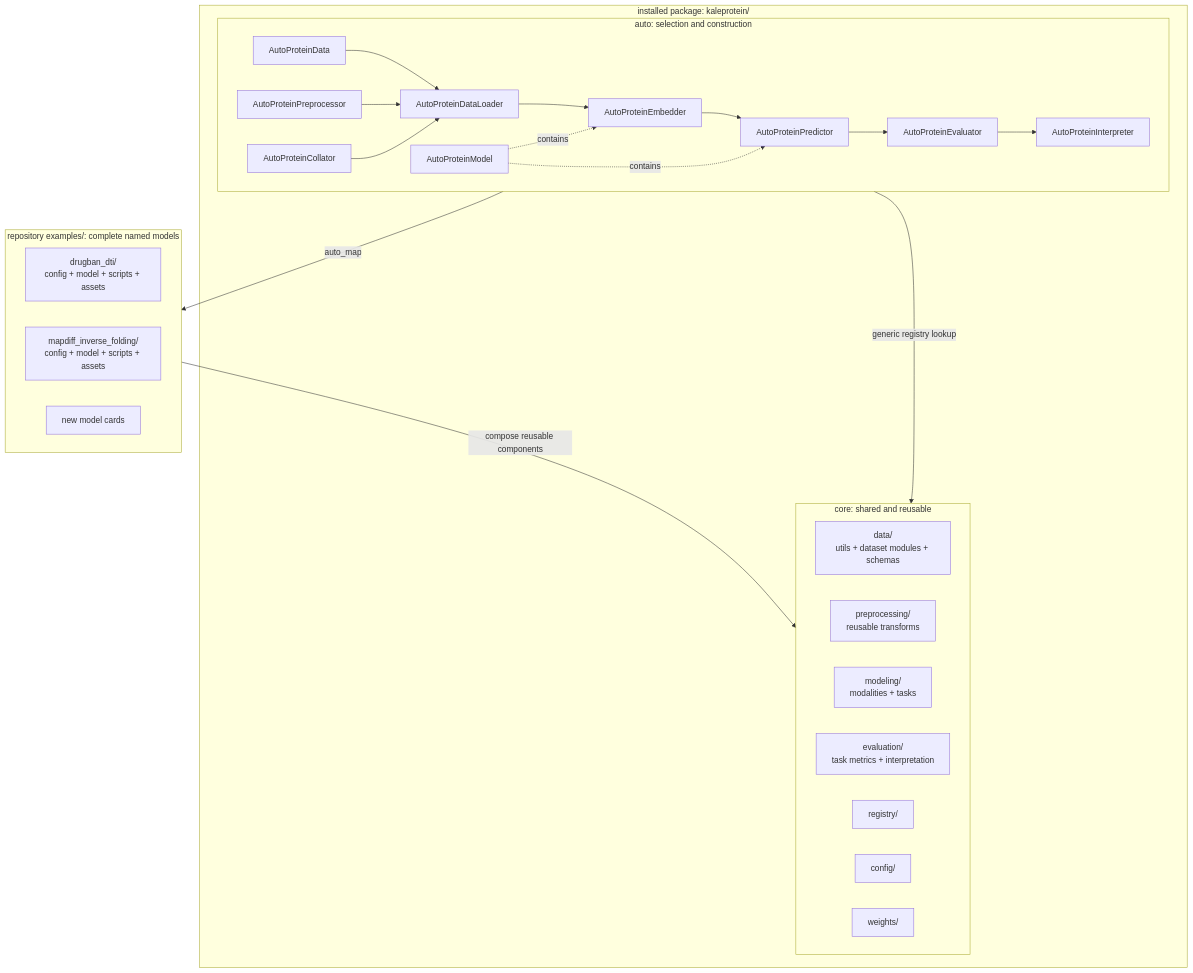
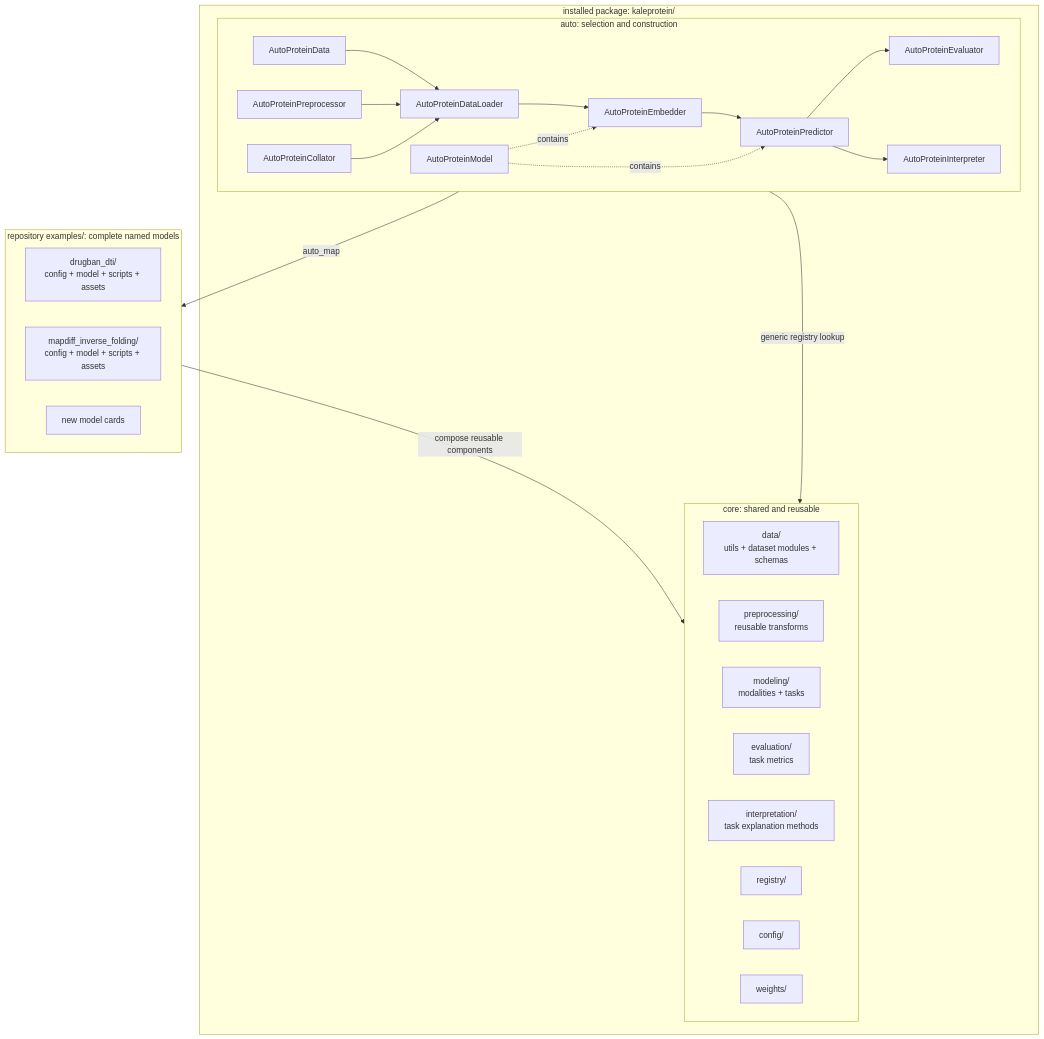
Before and after one commit to pykale/protein: the first of 3 diagrams in docs/architecture.md, drawn with Mermaid. The commit also changed other lines of this file and 27 other files, not shown here.

Commit message:
Separate interpretation from evaluation

````diff
--- a/docs/architecture.md
+++ b/docs/architecture.md
@@ -17,45 +17,48 @@
 ```mermaid
 flowchart TB
     subgraph PACKAGE["installed package: kaleprotein/"]
       subgraph CORE["core: shared and reusable"]
         direction LR
         CORE_DATA["data/<br/>utils + dataset modules + schemas"]
         CORE_PREP["preprocessing/<br/>reusable transforms"]
         CORE_MODELING["modeling/<br/>modalities + tasks"]
-        CORE_EVAL["evaluation/<br/>task metrics + interpretation"]
+        CORE_EVAL["evaluation/<br/>task metrics"]
+        CORE_INTERP["interpretation/<br/>task explanation methods"]
         REGISTRY["registry/"]
         CONFIG["config/"]
         WEIGHTS["weights/"]
       end
 
       subgraph AUTO["auto: selection and construction"]
         direction LR
         DATA["AutoProteinData"]
         PREP["AutoProteinPreprocessor"]
         COLLATE["AutoProteinCollator"]
         LOADER["AutoProteinDataLoader"]
         MODEL["AutoProteinModel"]
         EMBED["AutoProteinEmbedder"]
         PREDICT["AutoProteinPredictor"]
         EVAL["AutoProteinEvaluator"]
         INTERP["AutoProteinInterpreter"]
         DATA --> LOADER
         PREP --> LOADER
         COLLATE --> LOADER
-        LOADER --> EMBED --> PREDICT --> EVAL --> INTERP
+        LOADER --> EMBED --> PREDICT
+        PREDICT --> EVAL
+        PREDICT --> INTERP
         MODEL -.->|"contains"| EMBED
         MODEL -.->|"contains"| PREDICT
       end
     end
 
     subgraph EXAMPLES["repository examples/: complete named models"]
         direction LR
         DRUGBAN["drugban_dti/<br/>config + model + scripts + assets"]
         MAPDIFF["mapdiff_inverse_folding/<br/>config + model + scripts + assets"]
         MORE["new model cards"]
     end
 
     AUTO -->|"generic registry lookup"| CORE
     MODEL -->|"auto_map"| EXAMPLES
     EXAMPLES -->|"compose reusable components"| CORE
 ```
````
